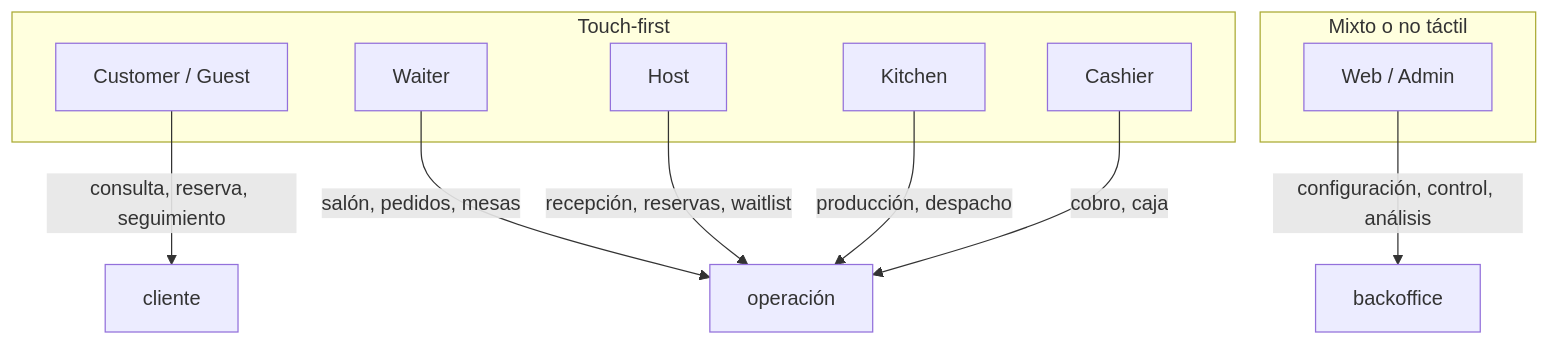
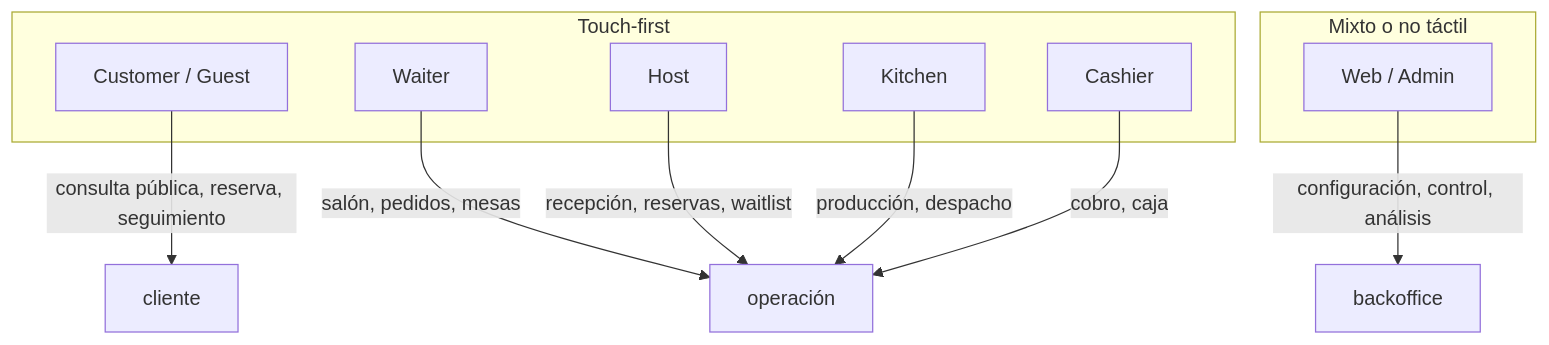
The second of 9 diagrams in docs/foundation/18-architecture-components-design-views.md (Adayala/maitre), drawn with Mermaid before and after one commit. The commit also changed 8 other files, not shown here.

Commit message:
feat(apps): guide customer host and kitchen live flows

````diff
--- a/docs/foundation/18-architecture-components-design-views.md
+++ b/docs/foundation/18-architecture-components-design-views.md
@@ -129,21 +129,21 @@
 ```mermaid
 graph TB
     subgraph TOUCH [Touch-first]
         GUEST["Customer / Guest"]
         FLOOR_APP["Waiter"]
         HOST_APP["Host"]
         KDS["Kitchen"]
         POS["Cashier"]
     end
 
     subgraph MIXED [Mixto o no táctil]
         ADMIN["Web / Admin"]
     end
 
-    GUEST -->|"consulta, reserva, seguimiento"| CUSTOMER_SURFACE["cliente"]
+    GUEST -->|"consulta pública, reserva, seguimiento"| CUSTOMER_SURFACE["cliente"]
     FLOOR_APP -->|"salón, pedidos, mesas"| OPS_SURFACE["operación"]
     HOST_APP -->|"recepción, reservas, waitlist"| OPS_SURFACE
     KDS -->|"producción, despacho"| OPS_SURFACE
     POS -->|"cobro, caja"| OPS_SURFACE
     ADMIN -->|"configuración, control, análisis"| BACKOFFICE["backoffice"]
 ```
````
